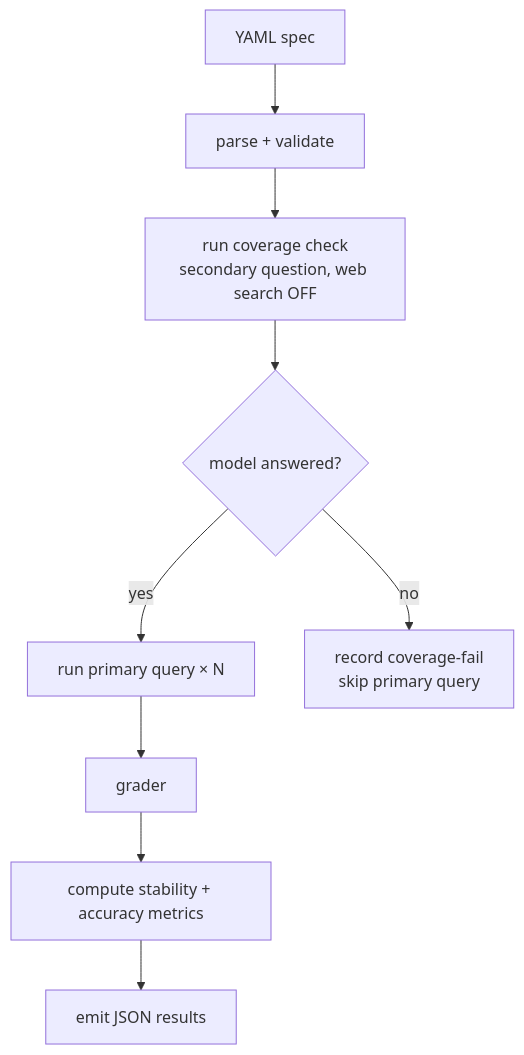
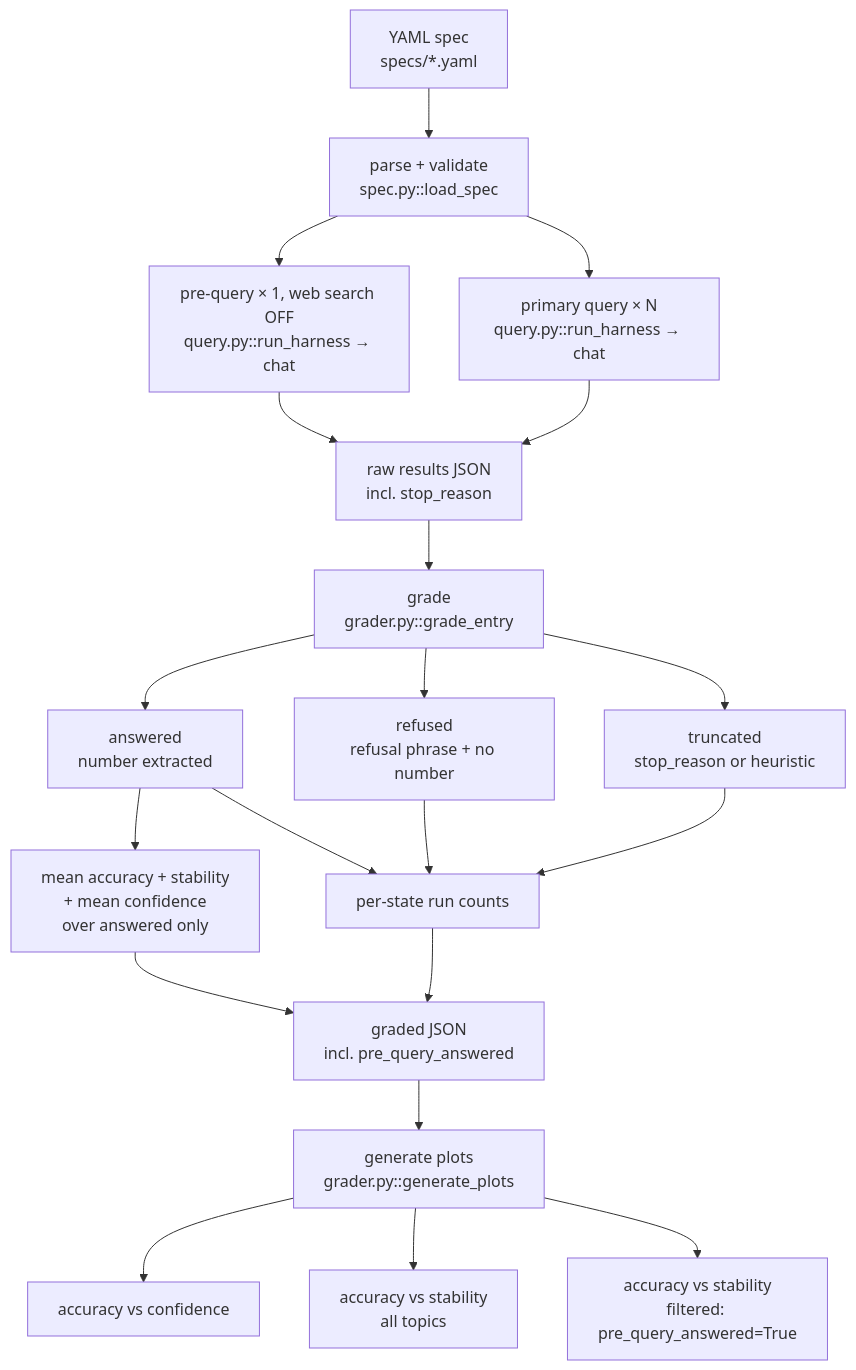
One commit to jarretmorton/LLM-Accuracy-Eval changed the diagram in docs/architecture.md. Above: the diagram before and after it, drawn with Mermaid. The commit also changed other lines of this file, not shown here.

Commit message:
Updated architecture document for v1.0

````diff
--- a/docs/architecture.md
+++ b/docs/architecture.md
@@ -21,11 +23,22 @@
 ```mermaid
 flowchart TD
-    S[YAML spec] --> P[parse + validate]
-    P --> CC[run coverage check<br/>secondary question, web search OFF]
-    CC --> F{model answered?}
-    F -->|yes| R[run primary query × N]
-    F -->|no| SK[record coverage-fail<br/>skip primary query]
-    R --> G[grader]
-    G --> M[compute stability + accuracy metrics]
-    M --> O[emit JSON results]
+    S[YAML spec<br/>specs/*.yaml] --> P[parse + validate<br/>spec.py::load_spec]
+    P --> CC[pre-query × 1, web search OFF<br/>query.py::run_harness → chat]
+    P --> R[primary query × N<br/>query.py::run_harness → chat]
+    CC --> RAW[raw results JSON<br/>incl. stop_reason]
+    R --> RAW
+    RAW --> G[grade<br/>grader.py::grade_entry]
+    G --> ANS[answered<br/>number extracted]
+    G --> REF[refused<br/>refusal phrase + no number]
+    G --> TR[truncated<br/>stop_reason or heuristic]
+    ANS --> M[mean accuracy + stability<br/>+ mean confidence<br/>over answered only]
+    ANS --> CNT[per-state run counts]
+    REF --> CNT
+    TR --> CNT
+    M --> O[graded JSON<br/>incl. pre_query_answered]
+    CNT --> O
+    O --> PL[generate plots<br/>grader.py::generate_plots]
+    PL --> P1[accuracy vs confidence]
+    PL --> P2[accuracy vs stability<br/>all topics]
+    PL --> P3[accuracy vs stability<br/>filtered: pre_query_answered=True]
 ```
````
